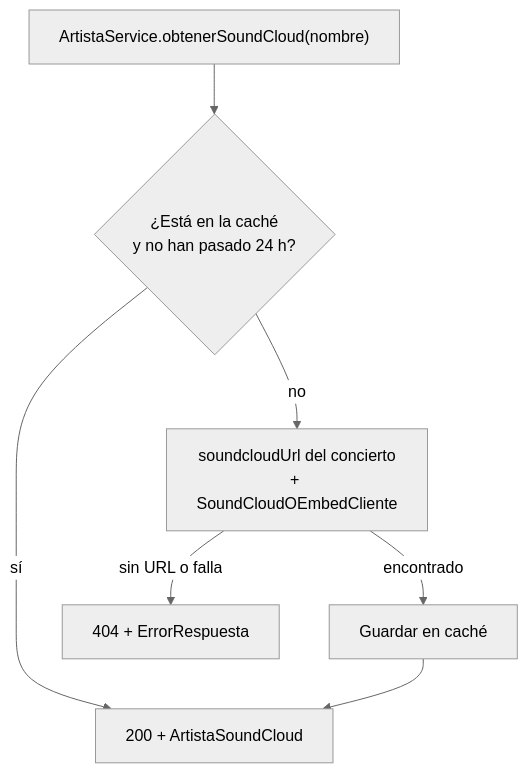
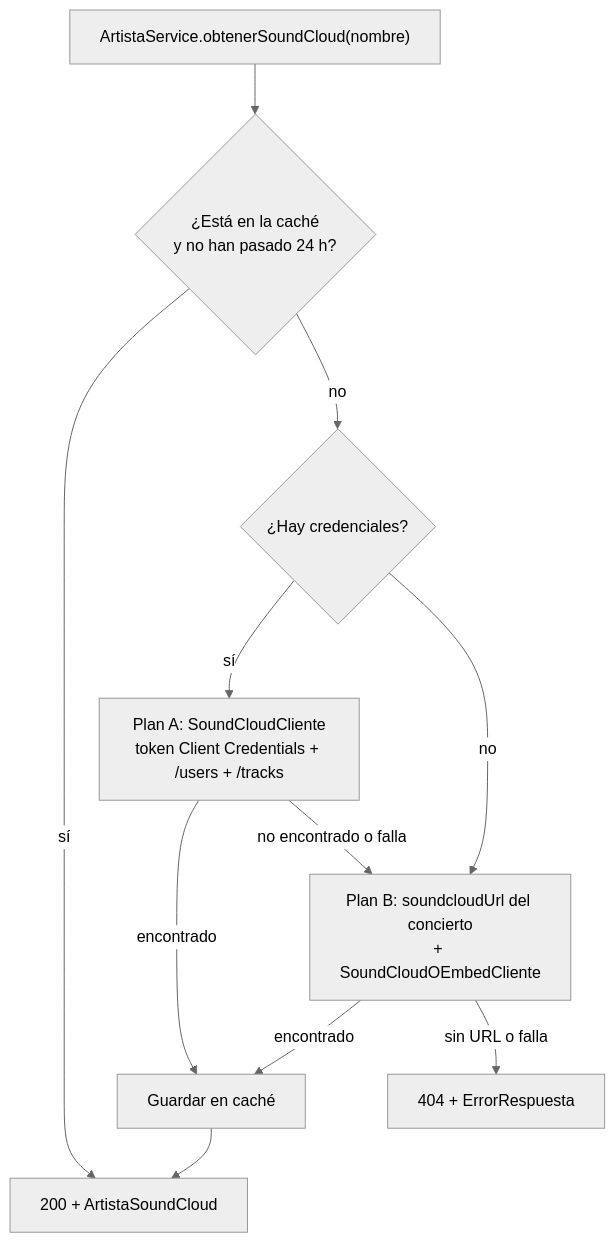
One commit to SE-7003-2027/memelomanos-finder-de-conciertos changed the third of 3 diagrams in docs/arquitectura.md. Above: the diagram before and after it, drawn with Mermaid (neutral theme). The commit also changed other lines of this file and 3 other files, not shown here.

First line of the commit message:
docs: documentar el uso de credenciales de SoundCloud

````diff
--- a/docs/arquitectura.md
+++ b/docs/arquitectura.md
@@ -122,8 +121,12 @@
 ```mermaid
 flowchart TD
     A["ArtistaService.obtenerSoundCloud(nombre)"] --> C{"¿Está en la caché<br/>y no han pasado 24 h?"}
     C -- sí --> R["200 + ArtistaSoundCloud"]
-    C -- no --> PB["soundcloudUrl del concierto<br/>+ SoundCloudOEmbedCliente"]
-    PB -- "encontrado" --> G["Guardar en caché"] --> R
+    C -- no --> K{"¿Hay credenciales?"}
+    K -- sí --> PA["Plan A: SoundCloudCliente<br/>token Client Credentials + /users + /tracks"]
+    K -- no --> PB
+    PA -- "encontrado" --> G["Guardar en caché"] --> R
+    PA -- "no encontrado o falla" --> PB["Plan B: soundcloudUrl del concierto<br/>+ SoundCloudOEmbedCliente"]
+    PB -- "encontrado" --> G
     PB -- "sin URL o falla" --> E["404 + ErrorRespuesta"]
 ```
````
